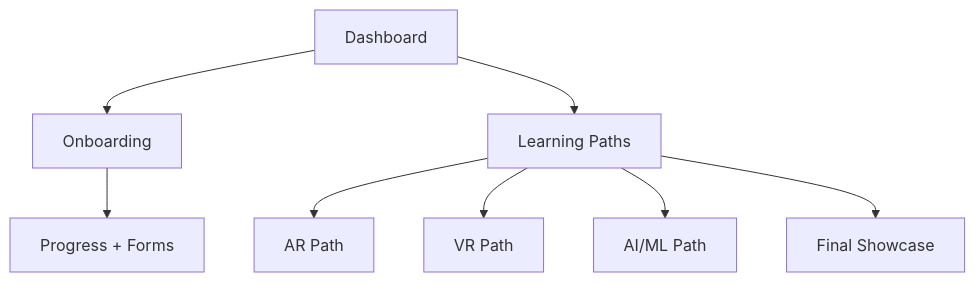
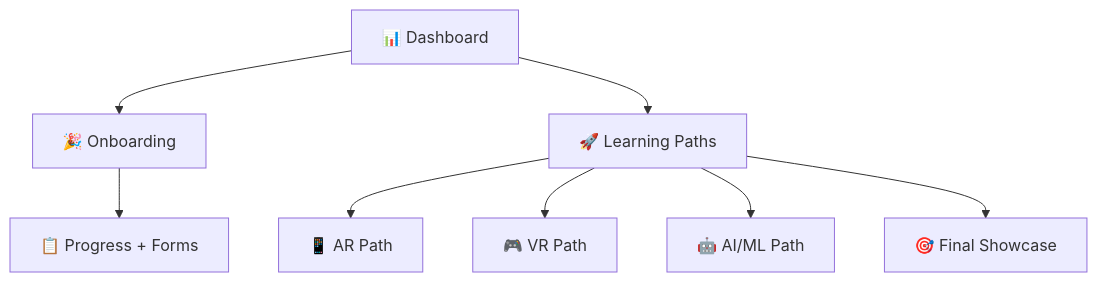
One commit to Lavanya-D19/Learning-Paths changed the diagram in site/docs/dashboard.md. Above: the diagram before and after it, drawn with Mermaid. The commit also changed other lines of this file and 6 other files, not shown here.

Commit message:
docs: update all learning path pages to use pure Markdown structure, add mermaid visual roadmap, and fix dashboard links

````diff
--- a/site/docs/dashboard.md
+++ b/site/docs/dashboard.md
@@ -57,10 +58,10 @@
 ```mermaid
 flowchart TD
-  A[Dashboard] --> B[Onboarding]
-  A --> C[Learning Paths]
-  C --> D[AR Path]
-  C --> E[VR Path]
-  C --> F[AI/ML Path]
-  B --> G[Progress + Forms]
-  C --> H[Final Showcase]
+    A[📊 Dashboard] --> B[🎉 Onboarding]
+    A --> C[🚀 Learning Paths]
+    C --> D[📱 AR Path]
+    C --> E[🎮 VR Path]
+    C --> F[🤖 AI/ML Path]
+    B --> G[📋 Progress + Forms]
+    C --> H[🎯 Final Showcase]
 ```
````
